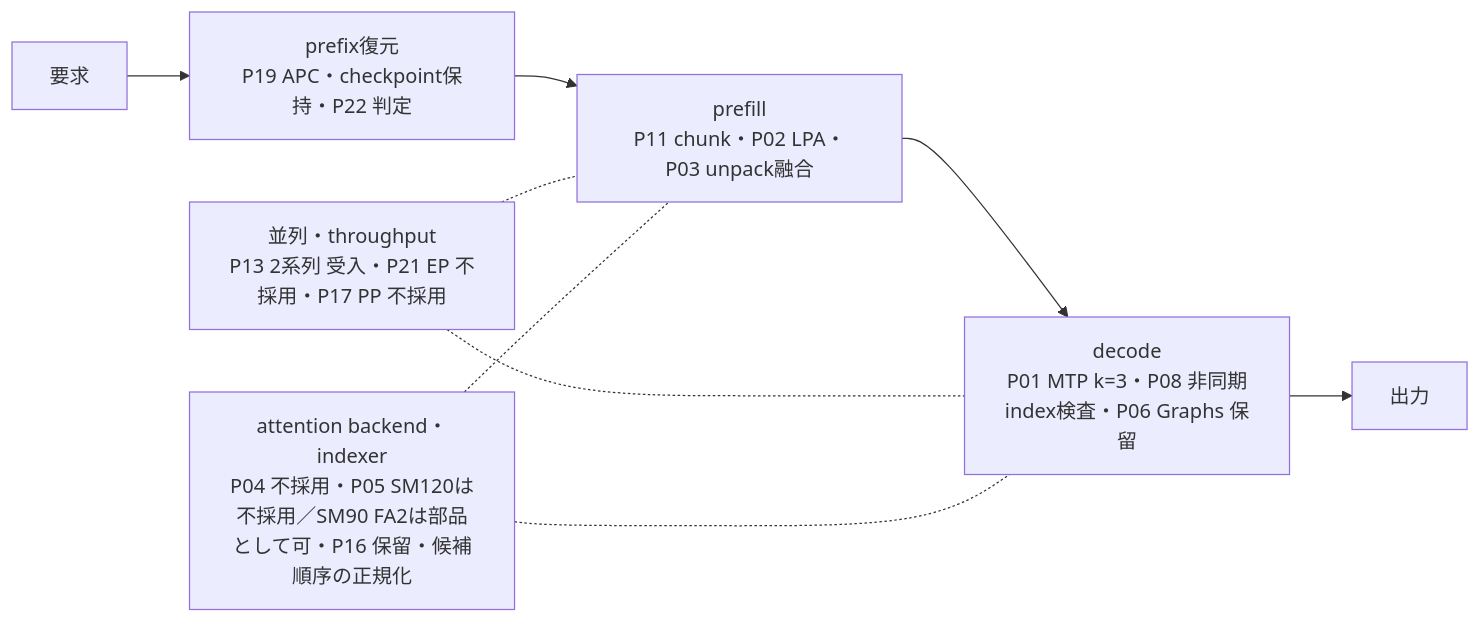
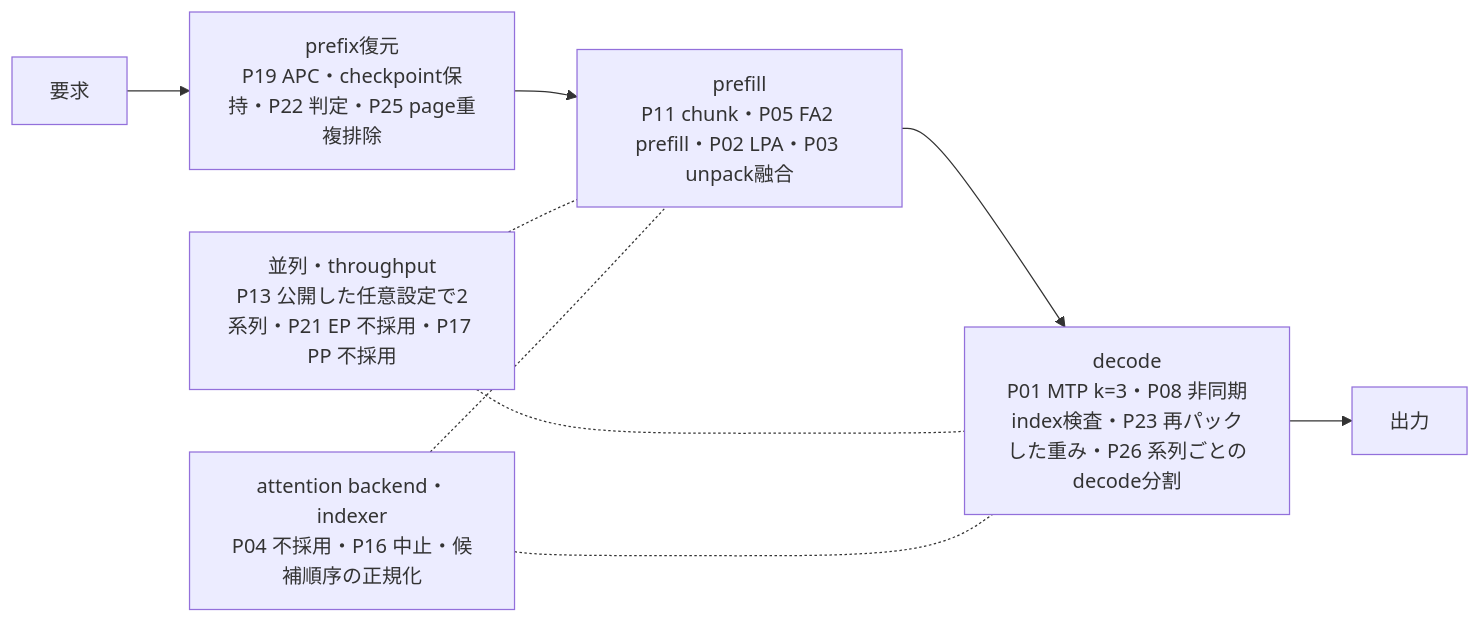
The diagram in docs/optimization-overview.ja.md (Bizuayeu/GLM-5.3-Flash-NVFP4-2x-DGX-Sparks-BIZ), drawn with Mermaid before and after one commit. The commit also changed other lines of this file and 50 other files, not shown here.

````diff
--- a/docs/optimization-overview.ja.md
+++ b/docs/optimization-overview.ja.md
@@ -13,11 +13,11 @@
 ```mermaid
 flowchart LR
-    R[要求] --> A[prefix復元<br/>P19 APC・checkpoint保持・P22 判定]
-    A --> P[prefill<br/>P11 chunk・P02 LPA・P03 unpack融合]
-    P --> D[decode<br/>P01 MTP k=3・P08 非同期index検査・P06 Graphs 保留]
+    R[要求] --> A[prefix復元<br/>P19 APC・checkpoint保持・P22 判定・P25 page重複排除]
+    A --> P[prefill<br/>P11 chunk・P05 FA2 prefill・P02 LPA・P03 unpack融合]
+    P --> D[decode<br/>P01 MTP k=3・P08 非同期index検査・P23 再パックした重み・P26 系列ごとのdecode分割]
     D --> O[出力]
-    S[並列・throughput<br/>P13 2系列 受入・P21 EP 不採用・P17 PP 不採用] -.- P
+    S[並列・throughput<br/>P13 公開した任意設定で2系列・P21 EP 不採用・P17 PP 不採用] -.- P
     S -.- D
-    B[attention backend・indexer<br/>P04 不採用・P05 SM120は不採用／SM90 FA2は部品として可・P16 保留・候補順序の正規化] -.- P
+    B[attention backend・indexer<br/>P04 不採用・P16 中止・候補順序の正規化] -.- P
     B -.- D
 ```
````
